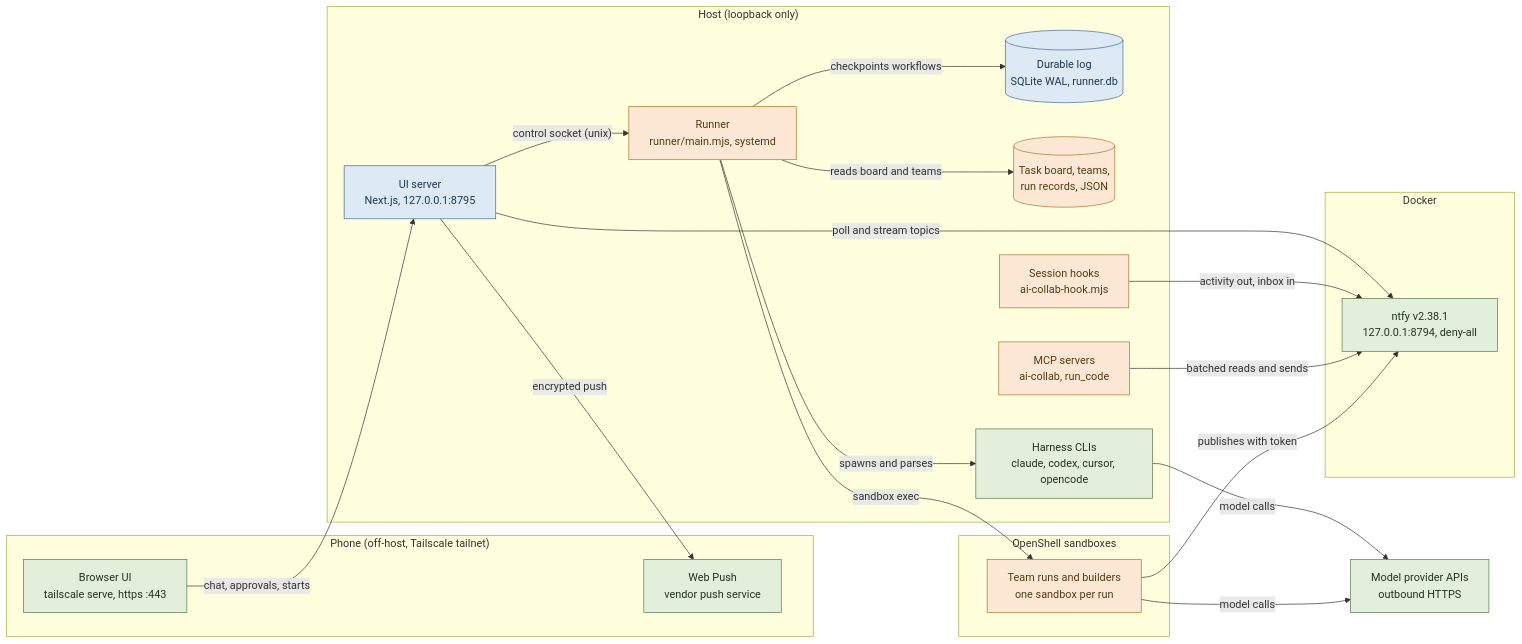
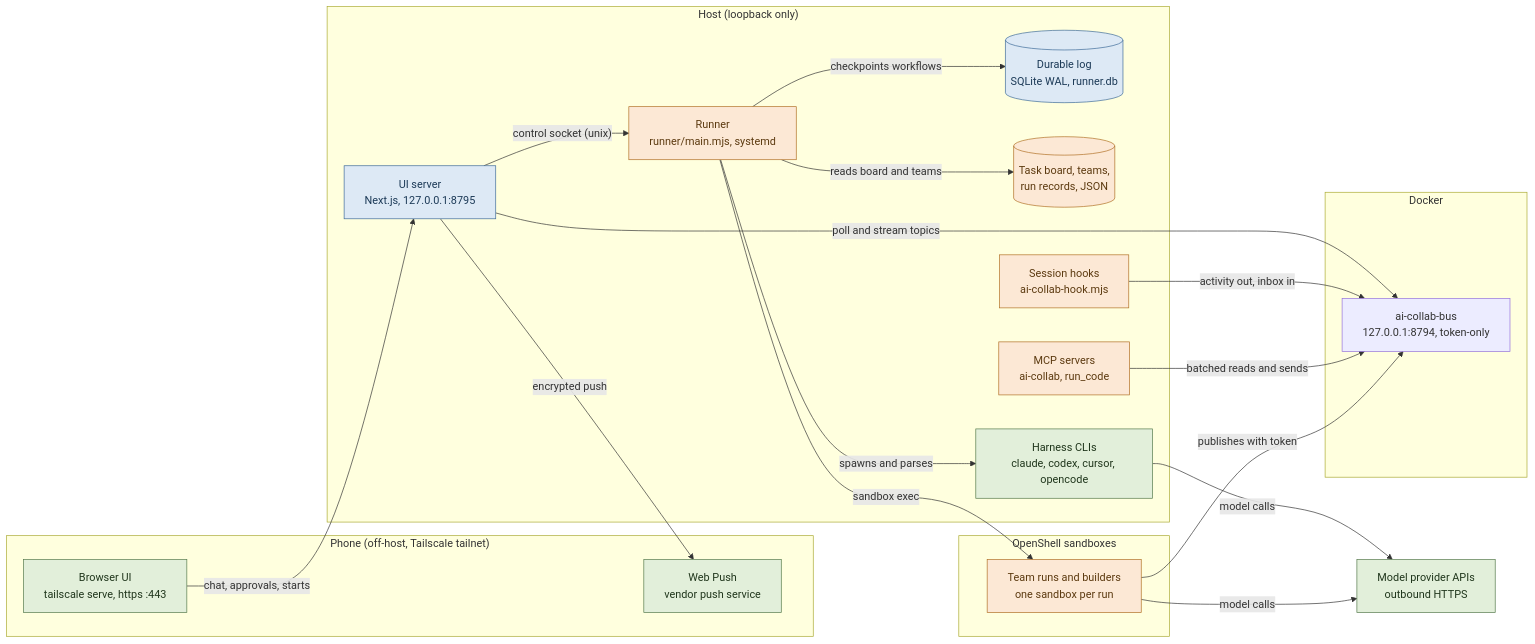
One commit to bcmyguest/ai-collab changed the first of 3 diagrams in docs/architecture-diagrams.md. Above: the diagram before and after it, drawn with Mermaid. The commit also changed other lines of this file and 64 other files, not shown here.

First line of the commit message:
feat(bus): replace the ntfy container with a local SQLite message bus

````diff
--- a/docs/architecture-diagrams.md
+++ b/docs/architecture-diagrams.md
@@ -15,58 +15,58 @@
 ```mermaid
 flowchart LR
   classDef shelf fill:#e2efda,stroke:#54784b,color:#20361c
   classDef hybrid fill:#dde9f5,stroke:#3d6a99,color:#1c3a57
   classDef own fill:#fce8d5,stroke:#b06f24,color:#5c3a10
 
   subgraph PHONE["Phone (off-host, Tailscale tailnet)"]
     browser["Browser UI<br/>tailscale serve, https :443"]
     push["Web Push<br/>vendor push service"]
   end
 
   subgraph HOST["Host (loopback only)"]
     ui["UI server<br/>Next.js, 127.0.0.1:8795"]
     runner["Runner<br/>runner/main.mjs, systemd"]
     db[("Durable log<br/>SQLite WAL, runner.db")]
     state[("Task board, teams,<br/>run records, JSON")]
     hook["Session hooks<br/>ai-collab-hook.mjs"]
     mcp["MCP servers<br/>ai-collab, run_code"]
     harness["Harness CLIs<br/>claude, codex, cursor, opencode"]
   end
 
   subgraph DOCKER["Docker"]
-    ntfy["ntfy v2.38.1<br/>127.0.0.1:8794, deny-all"]
+    bus["ai-collab-bus<br/>127.0.0.1:8794, token-only"]
   end
 
   subgraph SHELL["OpenShell sandboxes"]
     team["Team runs and builders<br/>one sandbox per run"]
   end
 
   providers["Model provider APIs<br/>outbound HTTPS"]
 
   browser -- "chat, approvals, starts" --> ui
-  ui -- "poll and stream topics" --> ntfy
+  ui -- "poll and stream topics" --> bus
   ui -- "control socket (unix)" --> runner
   ui -- "encrypted push" --> push
   runner -- "checkpoints workflows" --> db
   runner -- "reads board and teams" --> state
   runner -- "spawns and parses" --> harness
   runner -- "sandbox exec" --> team
-  hook -- "activity out, inbox in" --> ntfy
-  mcp -- "batched reads and sends" --> ntfy
-  team -- "publishes with token" --> ntfy
+  hook -- "activity out, inbox in" --> bus
+  mcp -- "batched reads and sends" --> bus
+  team -- "publishes with token" --> bus
   harness -- "model calls" --> providers
   team -- "model calls" --> providers
 
   class browser shelf
   class push shelf
   class ntfy shelf
   class harness shelf
   class providers shelf
   class ui hybrid
   class db hybrid
   class runner own
   class state own
   class hook own
   class mcp own
   class team own
 ```
````
